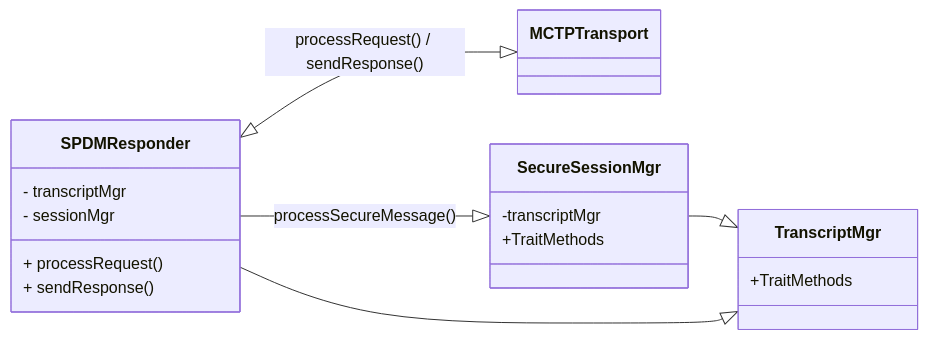
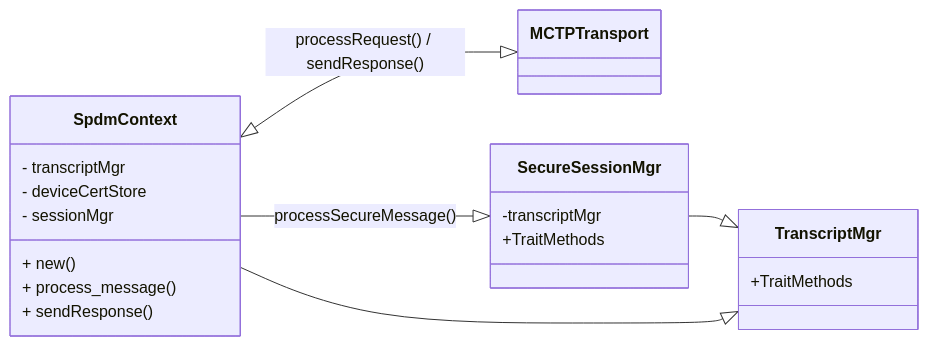
Before and after one commit to clundin25/caliptra-mcu-sw: the second of 3 diagrams in docs/src/spdm.md, drawn with Mermaid. The commit also changed other lines of this file, not shown here.

````diff
--- a/docs/src/spdm.md
+++ b/docs/src/spdm.md
@@ -55,21 +55,25 @@
 ```mermaid
 classDiagram
     direction RL
-    MCTP Transport <|--|> SPDMResponder: processRequest() / sendResponse()
-    SecureSessionMgr <|-- SPDMResponder: processSecureMessage()
-    TranscriptMgr <|-- SPDMResponder
+    MCTP Transport <|--|> SpdmContext: processRequest() / sendResponse()
+    SecureSessionMgr <|-- SpdmContext: processSecureMessage()
+    TranscriptMgr <|-- SpdmContext
     TranscriptMgr <|-- SecureSessionMgr
-    class SPDMResponder{
+    class SpdmContext{
       - transcriptMgr
+      - deviceCertStore
       - sessionMgr
-      + processRequest()
+      + new()
+      + process_message()
       + sendResponse()
     }
     class SecureSessionMgr {
       -transcriptMgr
       +TraitMethods
     }
     class TranscriptMgr{
       +TraitMethods
     }
+
+
 ```
````
